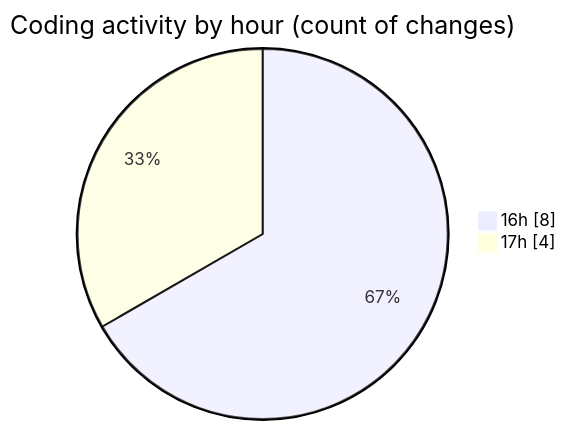
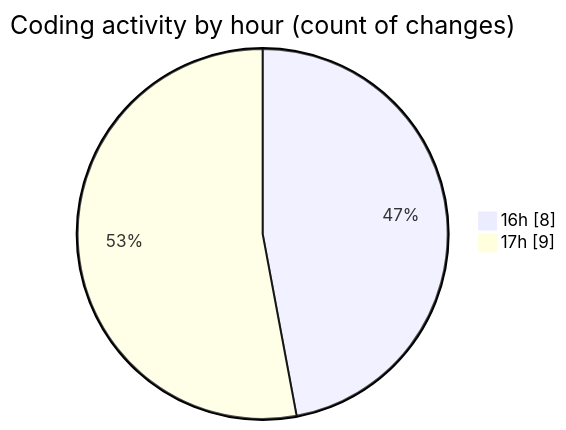
Before and after one commit to Elitesun/code-tracking: the second of 2 diagrams in 2025-02-06/react_ecom/README.md, drawn with Mermaid. The commit also changed other lines of this file and 1 other file, not shown here.

````diff
--- a/2025-02-06/react_ecom/README.md
+++ b/2025-02-06/react_ecom/README.md
@@ -30,6 +32,6 @@
 ```mermaid
 pie showData
 title Coding activity by hour (count of changes)
 "16h" : 8
-"17h" : 4
+"17h" : 9
 ```
````
